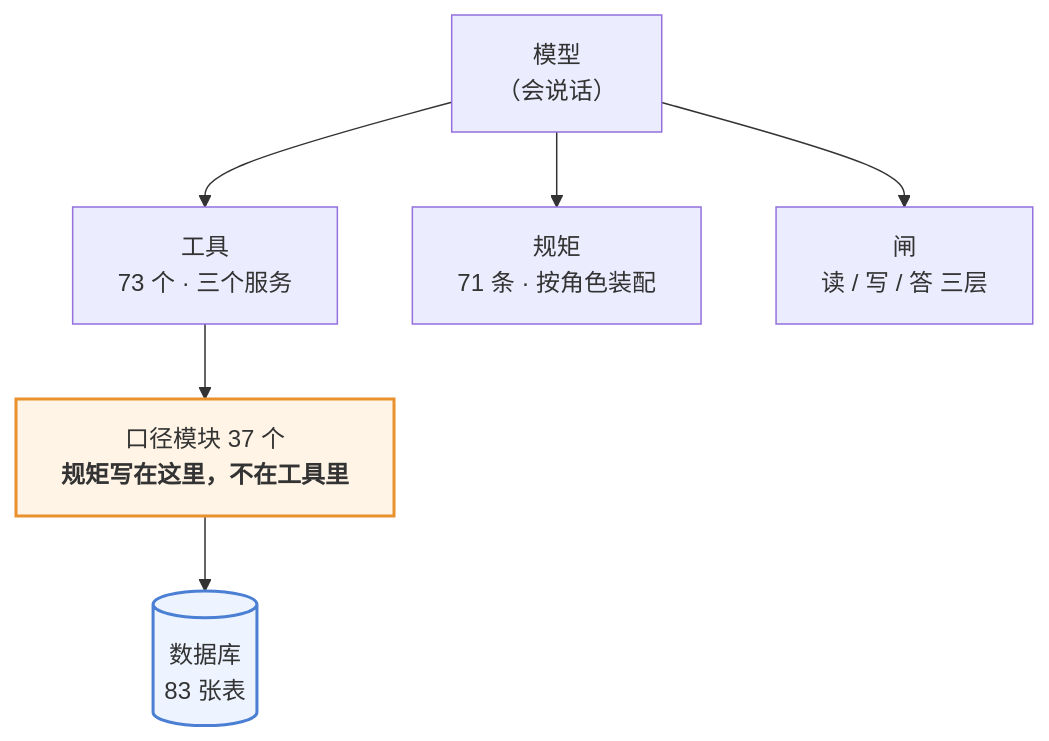
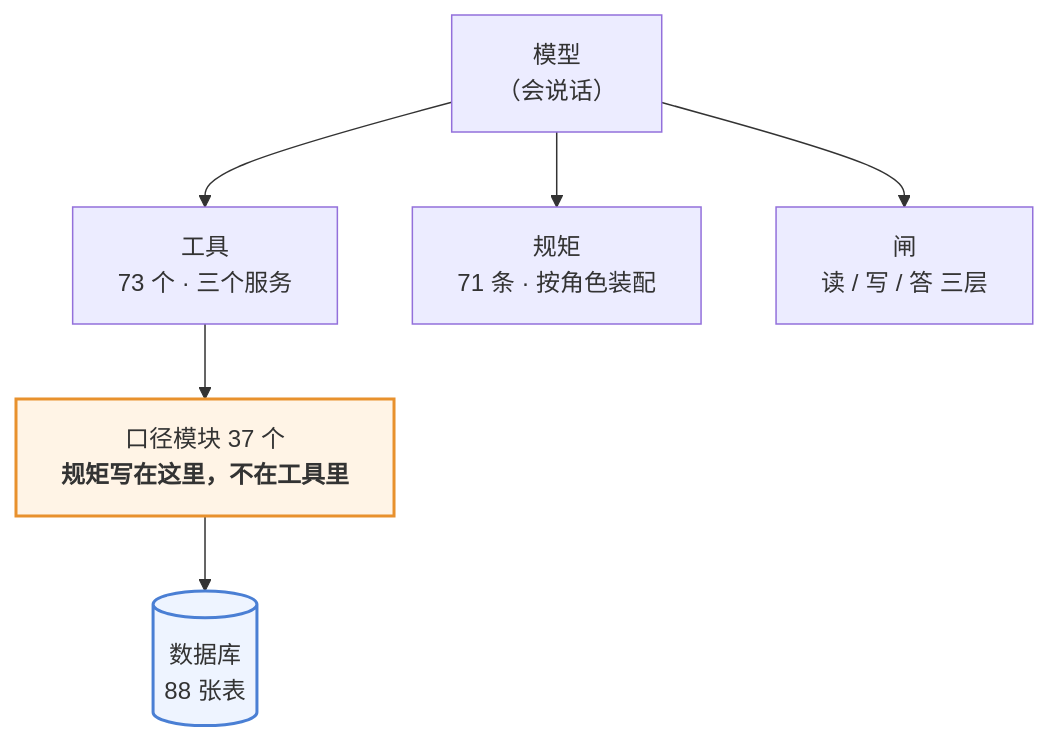
One commit to 843773296-rgb/lanxiu-yunshang-agent changed the first of 3 diagrams in 澜绣云裳agent-产品说明.md. Above: the diagram before and after it, drawn with Mermaid. The commit also changed other lines of this file and 9 other files, not shown here.

````diff
--- a/澜绣云裳agent-产品说明.md
+++ b/澜绣云裳agent-产品说明.md
@@ -62,12 +62,12 @@
 ```mermaid
 flowchart TD
     M["模型<br/>（会说话）"]
     M --> T["工具<br/>73 个 · 三个服务"]
     M --> R["规矩<br/>71 条 · 按角色装配"]
     M --> G["闸<br/>读 / 写 / 答 三层"]
     T --> K["口径模块 37 个<br/><b>规矩写在这里，不在工具里</b>"]
-    K --> DB[("数据库<br/>83 张表")]
+    K --> DB[("数据库<br/>88 张表")]
 
     style K fill:#fff4e6,stroke:#e8912d,stroke-width:2px
     style DB fill:#eef4ff,stroke:#4a7fd4,stroke-width:2px
 ```
````
